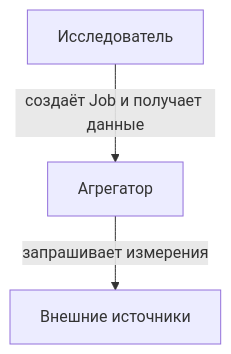
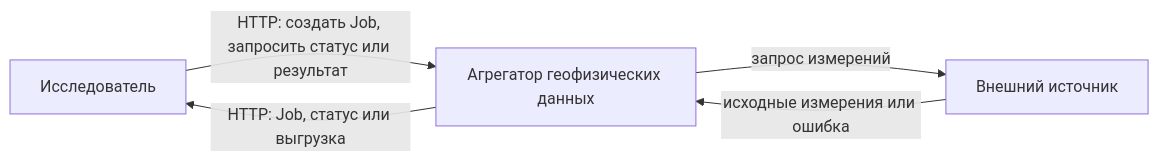
One commit to NaVi-4oK/team-amd changed the first of 4 diagrams in architecture.md. Above: the diagram before and after it, drawn with Mermaid. The commit also changed other lines of this file, not shown here.

````diff
--- a/architecture.md
+++ b/architecture.md
@@ -5,5 +9,7 @@
 ```mermaid
-flowchart TD
-    researcher[Исследователь] -->|создаёт Job и получает данные| aggregator[Агрегатор]
-    aggregator -->|запрашивает измерения| sources[Внешние источники]
+flowchart LR
+    researcher[Исследователь] -->|HTTP: создать Job, запросить статус или результат| aggregator[Агрегатор геофизических данных]
+    aggregator -->|HTTP: Job, статус или выгрузка| researcher
+    aggregator -->|запрос измерений| source[Внешний источник]
+    source -->|исходные измерения или ошибка| aggregator
 ```
````
